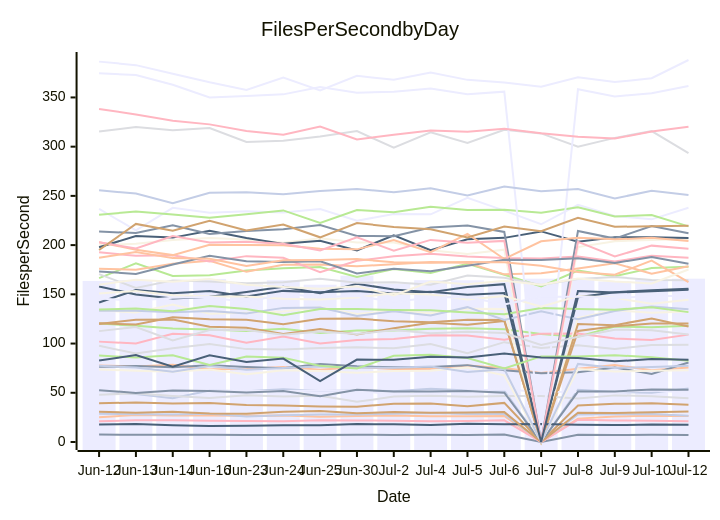
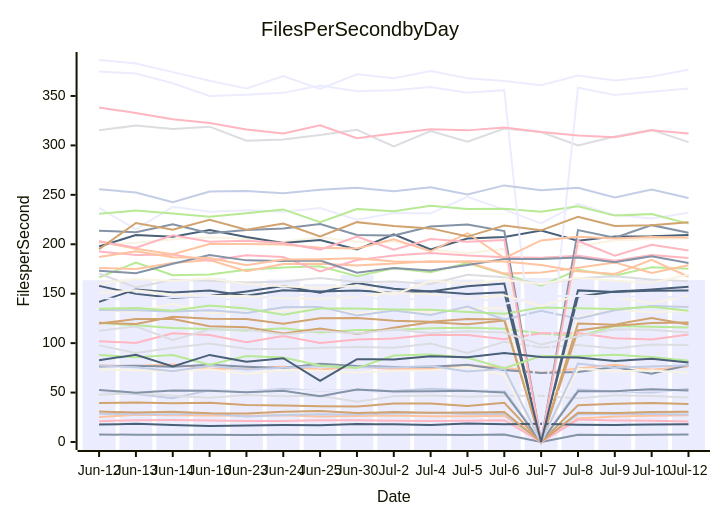
One commit to streetsidesoftware/cspell changed the diagram in perf-report.md. Above: the diagram before and after it, drawn with Mermaid. The commit also changed other lines of this file and 1 other file, not shown here.

````diff
--- a/perf-report.md
+++ b/perf-report.md
@@ -10,57 +10,57 @@
 ```mermaid
 xychart-beta
     title Files Per Second by Day
     y-axis Files per Second
     x-axis Date [Jun-12, Jun-13, Jun-14, Jun-16, Jun-23, Jun-24, Jun-25, Jun-30, Jul-2, Jul-4, Jul-5, Jul-6, Jul-7, Jul-8, Jul-9, Jul-10, Jul-12]
-    bar [163.62, 164.52, 162.91, 165.65, 161.06, 164.28, 159.75, 168.95, 160.66, 164.38, 164.27, 162.48, 165.90, 164.83, 163.05, 164.68, 165.92]
-    line [7.58, 7.35, 7.42, 7.28, 7.12, 7.22, 7.17, 7.37, 7.23, 7.36, 6.99, 7.61, 0.00, 7.24, 7.01, 7.27, 7.17]
-    line [77.70, 76.81, 78.39, 74.00, 74.26, 76.13, 73.45, 76.23, 74.07, 74.35, 77.62, 75.07, 70.03, 74.46, 78.13, 73.01, 75.59]
-    line [97.72, 89.92, 95.33, 99.63, 94.35, 94.02, 95.44, 96.15, 95.34, 99.55, 90.07, 101.41, 95.54, 98.21, 94.52, 98.50, 98.91]
-    line [120.36, 118.07, 115.35, 114.38, 112.71, 115.12, 110.67, 113.20, 113.18, 115.07, 115.63, 114.45, 109.79, 106.87, 117.37, 116.66, 118.07]
-    line [119.77, 124.29, 124.35, 117.01, 116.01, 109.65, 114.81, 109.29, 115.47, 121.09, 119.06, 122.86, 0.00, 112.77, 117.49, 120.30, 120.30]
-    line [51.25, 48.63, 44.36, 52.41, 51.44, 53.68, 51.84, 52.69, 51.50, 53.98, 52.25, 52.09, 0.00, 53.03, 50.88, 50.01, 54.26]
-    line [101.96, 100.16, 109.91, 108.33, 100.84, 107.27, 100.09, 103.62, 104.63, 108.43, 108.27, 103.96, 110.08, 110.20, 105.06, 103.60, 109.06]
-    line [157.93, 149.82, 145.84, 147.63, 152.29, 157.67, 151.07, 160.69, 154.94, 152.23, 157.47, 160.32, 0.00, 147.14, 152.12, 154.25, 155.59]
-    line [199.78, 201.47, 205.17, 207.22, 205.60, 202.43, 207.02, 202.54, 202.72, 194.67, 190.86, 195.33, 0.00, 197.97, 203.94, 205.22, 206.16]
-    line [50.72, 51.41, 51.47, 52.39, 51.73, 51.82, 52.39, 52.00, 48.43, 49.22, 52.34, 53.26, 51.10, 50.86, 50.66, 52.36, 50.39]
-    line [76.37, 77.13, 76.03, 78.06, 76.22, 74.88, 79.14, 76.99, 75.88, 76.09, 78.08, 72.78, 69.82, 70.79, 75.77, 69.10, 80.71]
-    line [25.22, 27.49, 26.99, 26.84, 26.60, 26.95, 25.71, 26.35, 26.84, 26.11, 26.06, 26.52, 0.00, 23.76, 25.86, 26.61, 26.46]
-    line [47.88, 49.42, 46.70, 44.72, 47.61, 46.18, 46.86, 40.79, 46.17, 47.03, 45.86, 46.70, 46.74, 44.23, 47.36, 46.58, 44.38]
-    line [166.53, 181.43, 168.60, 169.42, 174.24, 176.57, 177.80, 167.68, 175.75, 171.75, 180.95, 169.97, 158.13, 174.21, 168.28, 176.77, 178.10]
-    line [39.47, 40.00, 39.07, 39.70, 37.48, 36.99, 36.10, 35.86, 38.94, 38.99, 36.38, 39.71, 0.00, 37.09, 38.73, 39.43, 37.87]
-    line [28.61, 28.16, 28.05, 28.76, 25.82, 27.29, 28.03, 27.82, 28.74, 29.48, 28.36, 28.34, 0.00, 27.98, 28.10, 28.43, 26.64]
-    line [21.08, 22.04, 22.18, 21.66, 21.30, 21.15, 22.00, 21.90, 21.51, 21.13, 21.43, 22.00, 0.00, 22.72, 21.87, 21.57, 21.17]
-    line [197.78, 209.33, 207.61, 214.45, 207.28, 201.26, 204.34, 194.65, 210.00, 194.85, 205.89, 207.36, 213.92, 203.52, 207.94, 208.03, 207.30]
-    line [133.58, 131.67, 139.76, 130.35, 131.39, 132.60, 136.92, 129.95, 133.16, 130.87, 135.23, 135.13, 0.00, 126.22, 133.87, 131.35, 132.66]
-    line [236.78, 215.01, 237.87, 232.93, 234.34, 233.01, 236.58, 224.78, 231.59, 231.28, 247.94, 235.03, 221.17, 240.95, 229.51, 226.18, 237.89]
-    line [52.68, 49.85, 52.20, 51.85, 50.23, 51.87, 46.40, 53.06, 51.19, 51.40, 51.86, 50.10, 0.00, 51.21, 51.39, 53.37, 52.99]
-    line [176.04, 174.92, 181.06, 184.11, 172.84, 180.05, 180.38, 178.52, 180.47, 182.90, 182.10, 170.31, 171.39, 176.15, 181.65, 170.98, 178.48]
-    line [315.29, 320.05, 316.70, 318.97, 304.83, 306.07, 310.41, 315.81, 298.93, 314.56, 303.69, 317.11, 313.48, 300.01, 308.91, 315.76, 293.42]
-    line [230.81, 234.11, 231.13, 227.87, 231.36, 235.26, 222.40, 235.59, 233.45, 238.97, 235.75, 235.89, 232.86, 238.48, 229.00, 230.57, 219.03]
-    line [120.60, 119.36, 126.68, 124.68, 124.29, 119.55, 125.16, 125.39, 122.70, 121.73, 124.30, 123.97, 0.00, 119.80, 118.70, 125.49, 117.34]
-    line [133.43, 133.31, 131.91, 133.18, 130.59, 136.24, 136.67, 127.99, 132.91, 128.52, 136.97, 123.97, 132.77, 124.67, 133.15, 137.66, 134.85]
-    line [192.67, 189.08, 189.64, 183.39, 188.80, 187.17, 172.53, 184.06, 188.67, 191.18, 188.53, 186.82, 186.30, 188.38, 183.25, 189.14, 187.09]
-    line [17.68, 18.34, 17.12, 16.25, 16.59, 17.11, 17.00, 18.16, 17.94, 17.30, 18.64, 18.07, 18.36, 17.45, 17.16, 17.77, 17.40]
-    line [73.62, 72.46, 71.40, 73.58, 68.82, 72.77, 72.13, 70.38, 72.17, 72.40, 75.76, 67.72, 0.00, 74.05, 71.58, 72.37, 72.85]
-    line [374.63, 372.72, 362.93, 349.94, 351.35, 353.13, 360.69, 354.83, 355.80, 359.03, 353.22, 355.88, 0.00, 358.26, 350.93, 354.34, 361.68]
-    line [213.73, 212.23, 220.18, 211.27, 214.37, 216.02, 220.47, 209.37, 208.94, 217.94, 219.88, 213.33, 0.00, 214.36, 206.61, 219.33, 211.94]
-    line [202.89, 195.38, 189.84, 200.33, 200.19, 199.73, 196.39, 195.67, 205.11, 192.90, 211.35, 185.93, 203.88, 207.58, 205.87, 207.35, 204.23]
-    line [170.47, 156.38, 164.16, 163.15, 161.29, 162.24, 165.87, 161.72, 162.26, 159.82, 169.05, 166.75, 159.60, 165.64, 167.61, 164.48, 164.36]
-    line [134.67, 135.55, 132.71, 138.18, 135.01, 128.78, 135.00, 135.05, 134.05, 133.73, 131.56, 129.78, 136.12, 135.18, 134.44, 136.88, 131.92]
-    line [30.74, 29.76, 30.63, 29.07, 28.80, 30.64, 31.41, 29.25, 30.37, 29.62, 29.89, 30.35, 0.00, 29.68, 29.34, 30.24, 30.86]
-    line [77.39, 75.61, 71.46, 77.16, 73.34, 75.14, 76.59, 75.51, 75.45, 76.79, 71.21, 73.99, 0.00, 79.33, 75.23, 76.27, 77.50]
-    line [202.99, 196.51, 209.12, 202.60, 203.46, 201.26, 194.60, 207.89, 194.40, 205.29, 202.49, 204.26, 0.00, 203.31, 188.55, 199.47, 196.36]
-    line [141.70, 154.36, 151.21, 153.33, 147.83, 153.51, 152.15, 153.26, 150.82, 152.56, 149.61, 151.37, 0.00, 153.34, 151.79, 153.10, 154.75]
-    line [150.95, 153.45, 149.19, 147.76, 147.78, 145.47, 144.87, 146.87, 151.06, 149.73, 144.88, 148.36, 137.35, 148.23, 146.43, 140.41, 144.38]
-    line [386.38, 382.81, 374.09, 365.35, 357.60, 370.08, 357.07, 371.96, 367.90, 375.27, 367.85, 365.20, 360.83, 370.59, 365.59, 369.56, 388.03]
-    line [173.22, 170.75, 180.24, 189.10, 183.71, 182.95, 183.62, 171.28, 176.05, 173.54, 179.14, 185.15, 184.99, 186.71, 181.92, 187.82, 181.10]
-    line [187.10, 192.94, 186.79, 186.02, 178.80, 184.67, 184.84, 185.79, 182.56, 182.17, 182.82, 182.50, 179.12, 172.62, 169.88, 184.28, 162.45]
-    line [112.63, 116.73, 103.14, 113.74, 113.71, 108.86, 112.34, 109.73, 113.68, 110.37, 111.97, 110.64, 98.54, 106.95, 114.12, 113.53, 109.31]
-    line [87.88, 85.81, 88.09, 78.16, 86.88, 85.49, 77.34, 74.76, 87.51, 88.59, 85.26, 74.62, 86.95, 86.80, 88.24, 86.00, 82.61]
-    line [195.02, 221.53, 214.60, 224.77, 214.79, 220.92, 207.92, 222.39, 218.49, 216.06, 207.77, 218.95, 214.11, 227.80, 218.56, 219.23, 219.71]
-    line [255.69, 252.37, 242.53, 253.26, 253.77, 251.67, 255.05, 257.07, 253.64, 257.67, 250.47, 259.54, 254.67, 257.07, 247.35, 255.25, 250.92]
-    line [338.35, 332.69, 326.37, 322.64, 316.02, 312.10, 320.45, 307.34, 312.08, 316.35, 315.20, 318.22, 313.66, 310.11, 308.24, 315.35, 320.32]
-    line [82.72, 88.26, 76.41, 88.08, 81.29, 84.76, 61.88, 83.73, 83.48, 86.69, 85.83, 89.91, 85.92, 85.41, 81.93, 84.31, 83.45]
-    line [159.81, 164.92, 162.77, 165.48, 159.81, 157.56, 155.70, 158.25, 148.90, 163.02, 160.27, 163.84, 159.78, 166.09, 162.99, 161.12, 175.24]
-    line [145.87, 143.36, 146.61, 147.23, 141.81, 150.65, 147.20, 148.34, 142.33, 146.88, 147.38, 139.67, 147.57, 147.61, 146.15, 148.02, 148.64]
+    bar [163.62, 164.52, 162.91, 165.65, 161.06, 164.28, 159.75, 168.95, 160.66, 164.38, 164.27, 162.48, 165.90, 164.83, 163.05, 164.68, 163.72]
+    line [7.58, 7.35, 7.42, 7.28, 7.12, 7.22, 7.17, 7.37, 7.23, 7.36, 6.99, 7.61, 0.00, 7.24, 7.01, 7.27, 7.66]
+    line [77.70, 76.81, 78.39, 74.00, 74.26, 76.13, 73.45, 76.23, 74.07, 74.35, 77.62, 75.07, 70.03, 74.46, 78.13, 73.01, 76.24]
+    line [97.72, 89.92, 95.33, 99.63, 94.35, 94.02, 95.44, 96.15, 95.34, 99.55, 90.07, 101.41, 95.54, 98.21, 94.52, 98.50, 98.16]
+    line [120.36, 118.07, 115.35, 114.38, 112.71, 115.12, 110.67, 113.20, 113.18, 115.07, 115.63, 114.45, 109.79, 106.87, 117.37, 116.66, 115.88]
+    line [119.77, 124.29, 124.35, 117.01, 116.01, 109.65, 114.81, 109.29, 115.47, 121.09, 119.06, 122.86, 0.00, 112.77, 117.49, 120.30, 120.86]
+    line [51.25, 48.63, 44.36, 52.41, 51.44, 53.68, 51.84, 52.69, 51.50, 53.98, 52.25, 52.09, 0.00, 53.03, 50.88, 50.01, 53.95]
+    line [101.96, 100.16, 109.91, 108.33, 100.84, 107.27, 100.09, 103.62, 104.63, 108.43, 108.27, 103.96, 110.08, 110.20, 105.06, 103.60, 108.73]
+    line [157.93, 149.82, 145.84, 147.63, 152.29, 157.67, 151.07, 160.69, 154.94, 152.23, 157.47, 160.32, 0.00, 147.14, 152.12, 154.25, 157.14]
+    line [199.78, 201.47, 205.17, 207.22, 205.60, 202.43, 207.02, 202.54, 202.72, 194.67, 190.86, 195.33, 0.00, 197.97, 203.94, 205.22, 205.72]
+    line [50.72, 51.41, 51.47, 52.39, 51.73, 51.82, 52.39, 52.00, 48.43, 49.22, 52.34, 53.26, 51.10, 50.86, 50.66, 52.36, 51.60]
+    line [76.37, 77.13, 76.03, 78.06, 76.22, 74.88, 79.14, 76.99, 75.88, 76.09, 78.08, 72.78, 69.82, 70.79, 75.77, 69.10, 77.90]
+    line [25.22, 27.49, 26.99, 26.84, 26.60, 26.95, 25.71, 26.35, 26.84, 26.11, 26.06, 26.52, 0.00, 23.76, 25.86, 26.61, 27.18]
+    line [47.88, 49.42, 46.70, 44.72, 47.61, 46.18, 46.86, 40.79, 46.17, 47.03, 45.86, 46.70, 46.74, 44.23, 47.36, 46.58, 44.90]
+    line [166.53, 181.43, 168.60, 169.42, 174.24, 176.57, 177.80, 167.68, 175.75, 171.75, 180.95, 169.97, 158.13, 174.21, 168.28, 176.77, 175.31]
+    line [39.47, 40.00, 39.07, 39.70, 37.48, 36.99, 36.10, 35.86, 38.94, 38.99, 36.38, 39.71, 0.00, 37.09, 38.73, 39.43, 38.40]
+    line [28.61, 28.16, 28.05, 28.76, 25.82, 27.29, 28.03, 27.82, 28.74, 29.48, 28.36, 28.34, 0.00, 27.98, 28.10, 28.43, 27.75]
+    line [21.08, 22.04, 22.18, 21.66, 21.30, 21.15, 22.00, 21.90, 21.51, 21.13, 21.43, 22.00, 0.00, 22.72, 21.87, 21.57, 20.70]
+    line [197.78, 209.33, 207.61, 214.45, 207.28, 201.26, 204.34, 194.65, 210.00, 194.85, 205.89, 207.36, 213.92, 203.52, 207.94, 208.03, 209.34]
+    line [133.58, 131.67, 139.76, 130.35, 131.39, 132.60, 136.92, 129.95, 133.16, 130.87, 135.23, 135.13, 0.00, 126.22, 133.87, 131.35, 132.38]
+    line [236.78, 215.01, 237.87, 232.93, 234.34, 233.01, 236.58, 224.78, 231.59, 231.28, 247.94, 235.03, 221.17, 240.95, 229.51, 226.18, 231.92]
+    line [52.68, 49.85, 52.20, 51.85, 50.23, 51.87, 46.40, 53.06, 51.19, 51.40, 51.86, 50.10, 0.00, 51.21, 51.39, 53.37, 52.20]
+    line [176.04, 174.92, 181.06, 184.11, 172.84, 180.05, 180.38, 178.52, 180.47, 182.90, 182.10, 170.31, 171.39, 176.15, 181.65, 170.98, 178.75]
+    line [315.29, 320.05, 316.70, 318.97, 304.83, 306.07, 310.41, 315.81, 298.93, 314.56, 303.69, 317.11, 313.48, 300.01, 308.91, 315.76, 303.31]
+    line [230.81, 234.11, 231.13, 227.87, 231.36, 235.26, 222.40, 235.59, 233.45, 238.97, 235.75, 235.89, 232.86, 238.48, 229.00, 230.57, 220.85]
+    line [120.60, 119.36, 126.68, 124.68, 124.29, 119.55, 125.16, 125.39, 122.70, 121.73, 124.30, 123.97, 0.00, 119.80, 118.70, 125.49, 118.74]
+    line [133.43, 133.31, 131.91, 133.18, 130.59, 136.24, 136.67, 127.99, 132.91, 128.52, 136.97, 123.97, 132.77, 124.67, 133.15, 137.66, 136.56]
+    line [192.67, 189.08, 189.64, 183.39, 188.80, 187.17, 172.53, 184.06, 188.67, 191.18, 188.53, 186.82, 186.30, 188.38, 183.25, 189.14, 186.14]
+    line [17.68, 18.34, 17.12, 16.25, 16.59, 17.11, 17.00, 18.16, 17.94, 17.30, 18.64, 18.07, 18.36, 17.45, 17.16, 17.77, 18.03]
+    line [73.62, 72.46, 71.40, 73.58, 68.82, 72.77, 72.13, 70.38, 72.17, 72.40, 75.76, 67.72, 0.00, 74.05, 71.58, 72.37, 70.13]
+    line [374.63, 372.72, 362.93, 349.94, 351.35, 353.13, 360.69, 354.83, 355.80, 359.03, 353.22, 355.88, 0.00, 358.26, 350.93, 354.34, 357.44]
+    line [213.73, 212.23, 220.18, 211.27, 214.37, 216.02, 220.47, 209.37, 208.94, 217.94, 219.88, 213.33, 0.00, 214.36, 206.61, 219.33, 211.61]
+    line [202.89, 195.38, 189.84, 200.33, 200.19, 199.73, 196.39, 195.67, 205.11, 192.90, 211.35, 185.93, 203.88, 207.58, 205.87, 207.35, 206.80]
+    line [170.47, 156.38, 164.16, 163.15, 161.29, 162.24, 165.87, 161.72, 162.26, 159.82, 169.05, 166.75, 159.60, 165.64, 167.61, 164.48, 162.63]
+    line [134.67, 135.55, 132.71, 138.18, 135.01, 128.78, 135.00, 135.05, 134.05, 133.73, 131.56, 129.78, 136.12, 135.18, 134.44, 136.88, 132.66]
+    line [30.74, 29.76, 30.63, 29.07, 28.80, 30.64, 31.41, 29.25, 30.37, 29.62, 29.89, 30.35, 0.00, 29.68, 29.34, 30.24, 30.52]
+    line [77.39, 75.61, 71.46, 77.16, 73.34, 75.14, 76.59, 75.51, 75.45, 76.79, 71.21, 73.99, 0.00, 79.33, 75.23, 76.27, 77.57]
+    line [202.99, 196.51, 209.12, 202.60, 203.46, 201.26, 194.60, 207.89, 194.40, 205.29, 202.49, 204.26, 0.00, 203.31, 188.55, 199.47, 193.67]
+    line [141.70, 154.36, 151.21, 153.33, 147.83, 153.51, 152.15, 153.26, 150.82, 152.56, 149.61, 151.37, 0.00, 153.34, 151.79, 153.10, 153.17]
+    line [150.95, 153.45, 149.19, 147.76, 147.78, 145.47, 144.87, 146.87, 151.06, 149.73, 144.88, 148.36, 137.35, 148.23, 146.43, 140.41, 147.70]
+    line [386.38, 382.81, 374.09, 365.35, 357.60, 370.08, 357.07, 371.96, 367.90, 375.27, 367.85, 365.20, 360.83, 370.59, 365.59, 369.56, 376.52]
+    line [173.22, 170.75, 180.24, 189.10, 183.71, 182.95, 183.62, 171.28, 176.05, 173.54, 179.14, 185.15, 184.99, 186.71, 181.92, 187.82, 181.09]
+    line [187.10, 192.94, 186.79, 186.02, 178.80, 184.67, 184.84, 185.79, 182.56, 182.17, 182.82, 182.50, 179.12, 172.62, 169.88, 184.28, 167.17]
+    line [112.63, 116.73, 103.14, 113.74, 113.71, 108.86, 112.34, 109.73, 113.68, 110.37, 111.97, 110.64, 98.54, 106.95, 114.12, 113.53, 110.79]
+    line [87.88, 85.81, 88.09, 78.16, 86.88, 85.49, 77.34, 74.76, 87.51, 88.59, 85.26, 74.62, 86.95, 86.80, 88.24, 86.00, 82.11]
+    line [195.02, 221.53, 214.60, 224.77, 214.79, 220.92, 207.92, 222.39, 218.49, 216.06, 207.77, 218.95, 214.11, 227.80, 218.56, 219.23, 222.23]
+    line [255.69, 252.37, 242.53, 253.26, 253.77, 251.67, 255.05, 257.07, 253.64, 257.67, 250.47, 259.54, 254.67, 257.07, 247.35, 255.25, 246.81]
+    line [338.35, 332.69, 326.37, 322.64, 316.02, 312.10, 320.45, 307.34, 312.08, 316.35, 315.20, 318.22, 313.66, 310.11, 308.24, 315.35, 312.01]
+    line [82.72, 88.26, 76.41, 88.08, 81.29, 84.76, 61.88, 83.73, 83.48, 86.69, 85.83, 89.91, 85.92, 85.41, 81.93, 84.31, 80.34]
+    line [159.81, 164.92, 162.77, 165.48, 159.81, 157.56, 155.70, 158.25, 148.90, 163.02, 160.27, 163.84, 159.78, 166.09, 162.99, 161.12, 169.16]
+    line [145.87, 143.36, 146.61, 147.23, 141.81, 150.65, 147.20, 148.34, 142.33, 146.88, 147.38, 139.67, 147.57, 147.61, 146.15, 148.02, 145.37]
 ```
````
